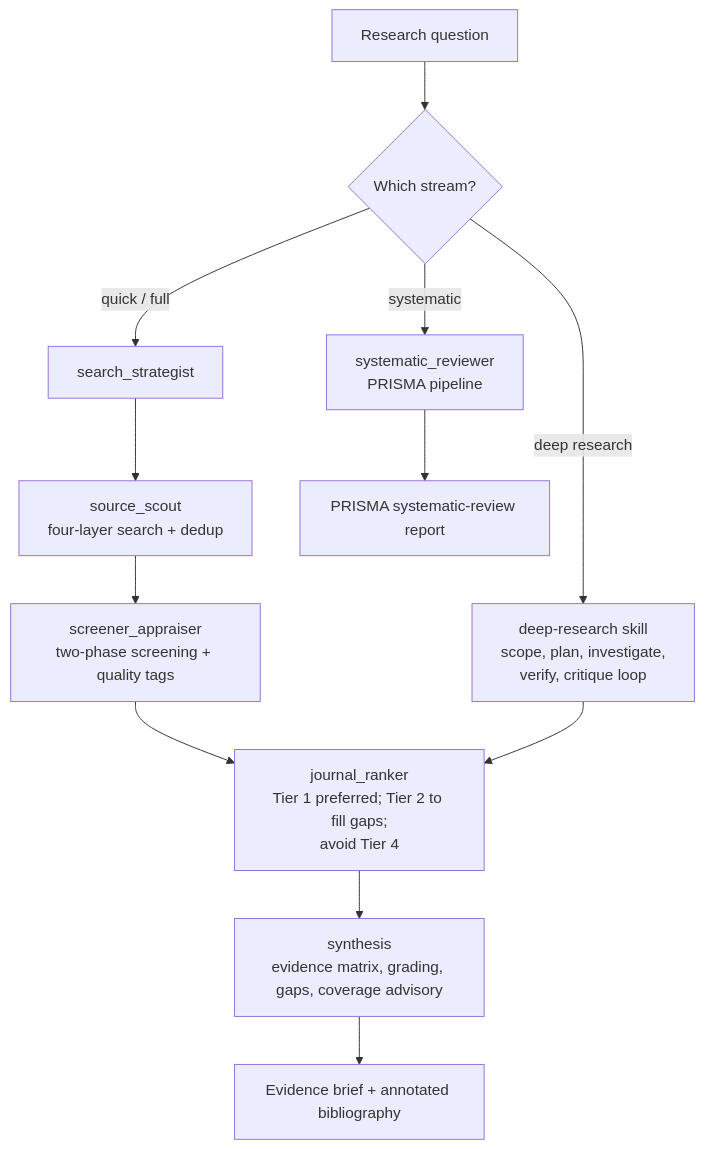
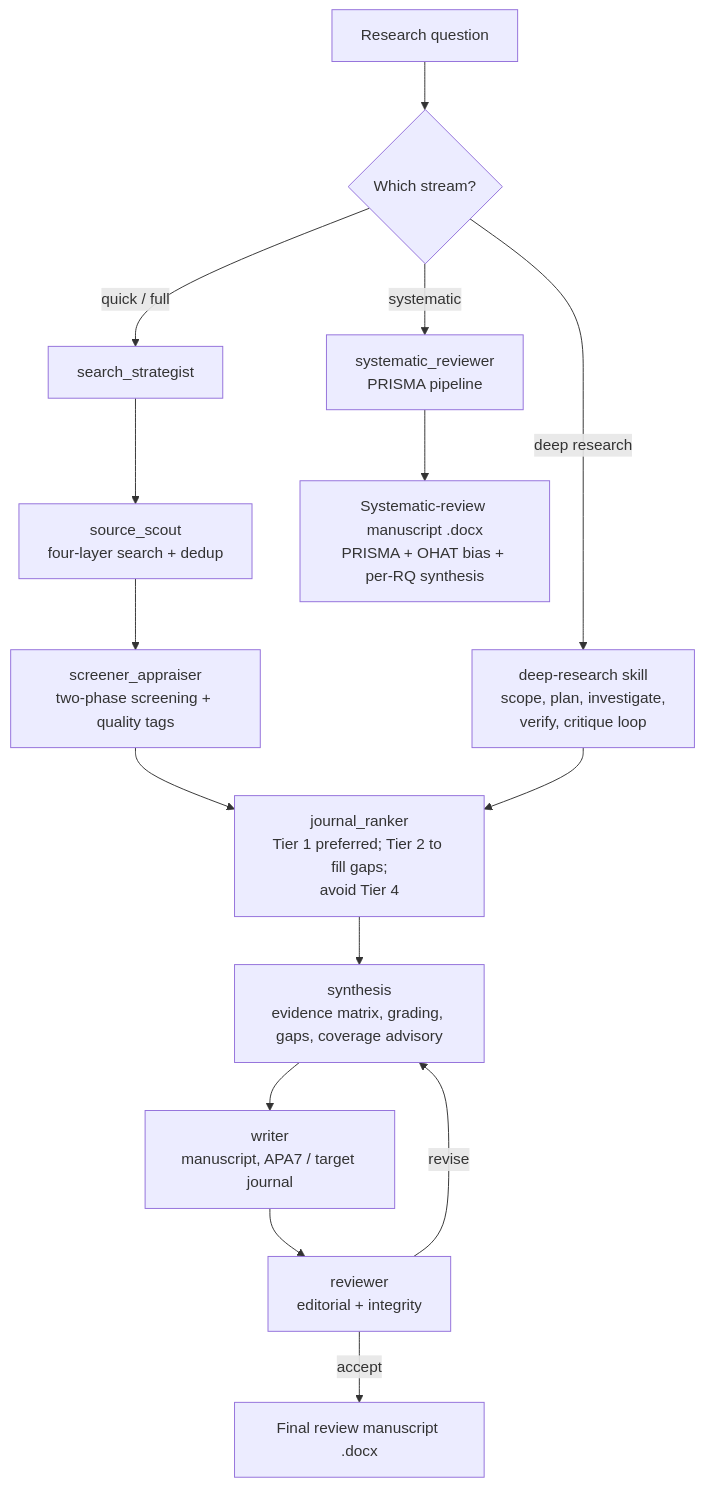
One commit to yaoxkkkkk/academic-skills-food-nutrition changed the diagram in food-research/SKILL.md. Above: the diagram before and after it, drawn with Mermaid. The commit also changed other lines of this file and 13 other files, not shown here.

Commit message:
food-research systematic review: full PRISMA pipeline (sr_search 3+ DBs, dual 3-step sr_screener + sr_moderator, OHAT risk_of_bias, sr_synthesis) + shared writer/reviewer with Word .docx output for full+systematic; clearer systematic activation (v1.5.0)

````diff
--- a/food-research/SKILL.md
+++ b/food-research/SKILL.md
@@ -34,14 +34,17 @@
 ```mermaid
 flowchart TD
     Q[Research question] --> M{Which stream?}
     M -- quick / full --> S1[search_strategist]
     M -- deep research --> DR[deep-research skill<br/>scope, plan, investigate,<br/>verify, critique loop]
     M -- systematic --> SR[systematic_reviewer<br/>PRISMA pipeline]
     S1 --> S2[source_scout<br/>four-layer search + dedup]
     S2 --> S3[screener_appraiser<br/>two-phase screening + quality tags]
     S3 --> JR[journal_ranker<br/>Tier 1 preferred; Tier 2 to fill gaps;<br/>avoid Tier 4]
     DR --> JR
     JR --> SY[synthesis<br/>evidence matrix, grading, gaps, coverage advisory]
-    SY --> OUT[Evidence brief + annotated bibliography]
-    SR --> SROUT[PRISMA systematic-review report]
+    SY --> WR[writer<br/>manuscript, APA7 / target journal]
+    WR --> RV[reviewer<br/>editorial + integrity]
+    RV -- revise --> SY
+    RV -- accept --> DOCX[Final review manuscript .docx]
+    SR --> SROUT[Systematic-review manuscript .docx<br/>PRISMA + OHAT bias + per-RQ synthesis]
 ```
````
